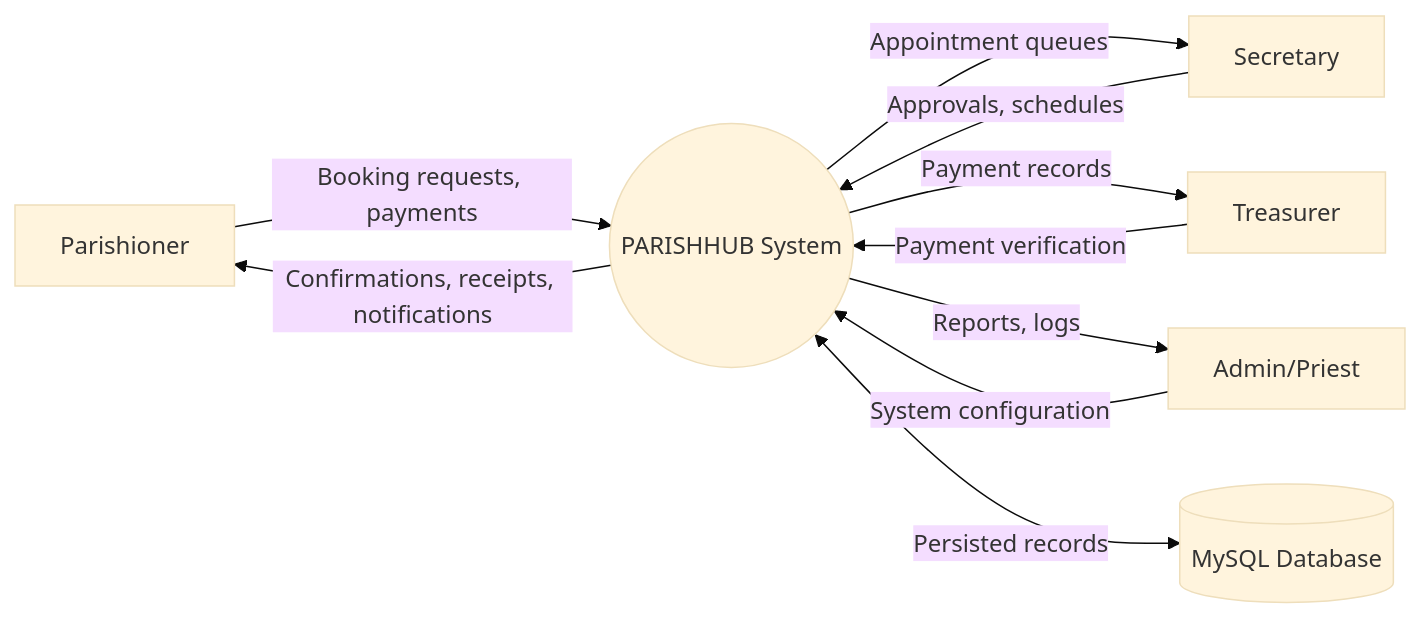
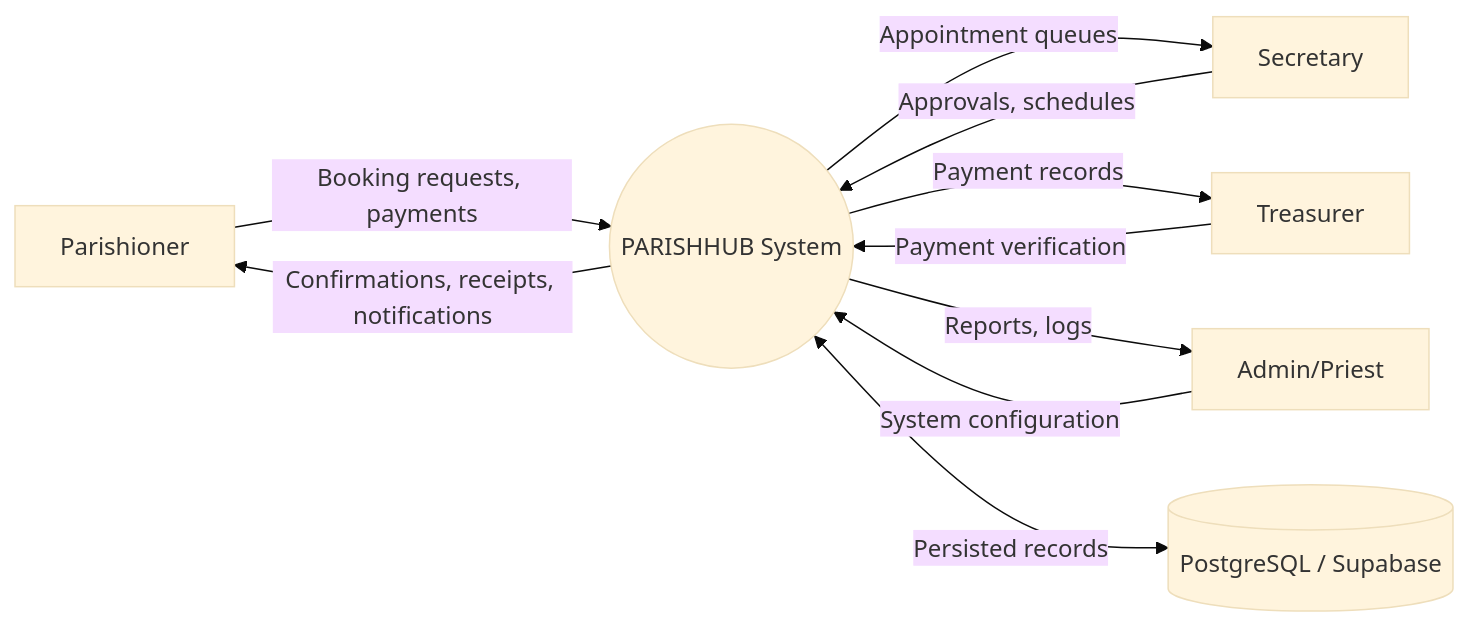
One commit to olmcp016/parishhub_gab changed the first of 2 diagrams in docs/data-flow-diagram.md. Above: the diagram before and after it, drawn with Mermaid (base theme). The commit also changed 34 other files, not shown here.

````diff
--- a/docs/data-flow-diagram.md
+++ b/docs/data-flow-diagram.md
@@ -5,12 +5,12 @@
 ```mermaid
 graph LR
     P[Parishioner] -->|Booking requests, payments| SYS((PARISHHUB System))
     S[Secretary] -->|Approvals, schedules| SYS
     T[Treasurer] -->|Payment verification| SYS
     A[Admin/Priest] -->|System configuration| SYS
     SYS -->|Confirmations, receipts, notifications| P
     SYS -->|Appointment queues| S
     SYS -->|Payment records| T
     SYS -->|Reports, logs| A
-    SYS <-->|Persisted records| DB[(MySQL Database)]
+    SYS <-->|Persisted records| DB[(PostgreSQL / Supabase)]
 ```
````
